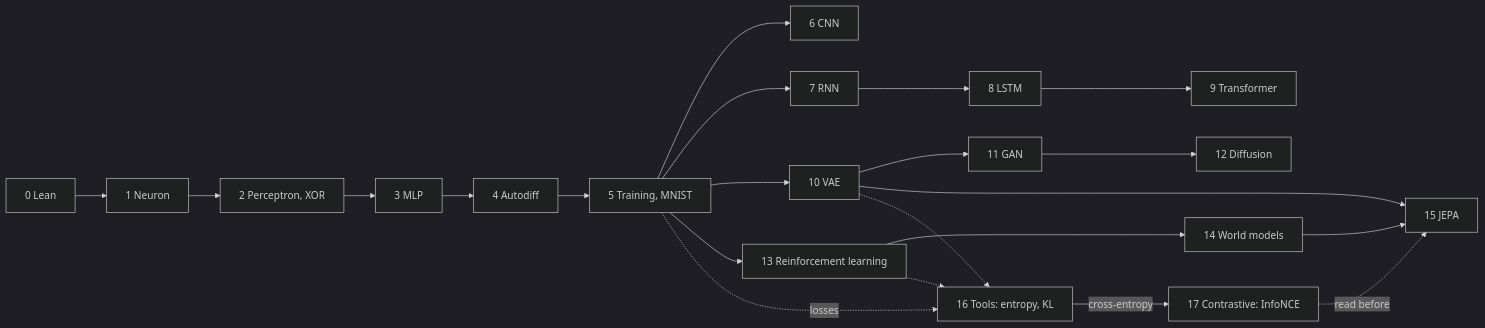
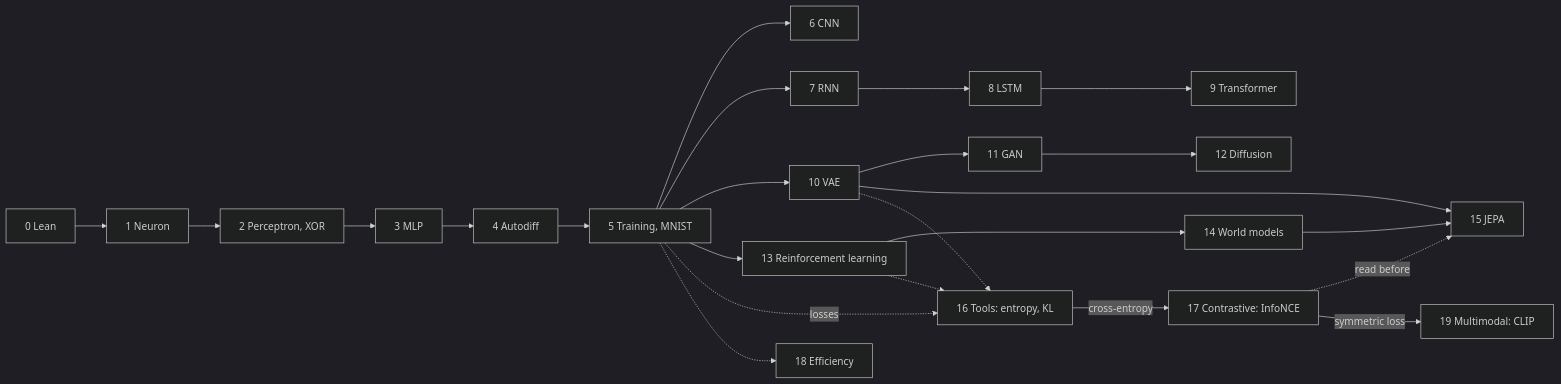
Before and after one commit to citron/LEAIN4: the diagram in website/docs/index.mdx, drawn with Mermaid (dark theme). The commit also changed other lines of this file and 19 other files, not shown here.

````diff
--- a/website/docs/index.mdx
+++ b/website/docs/index.mdx
@@ -30,15 +30,17 @@
 ```mermaid
 flowchart LR
   c0["0 Lean"] --> c1["1 Neuron"] --> c2["2 Perceptron, XOR"] --> c3["3 MLP"] --> c4["4 Autodiff"] --> c5["5 Training, MNIST"]
   c5 --> c6["6 CNN"]
   c5 --> c7["7 RNN"] --> c8["8 LSTM"] --> c9["9 Transformer"]
   c5 --> c10["10 VAE"] --> c11["11 GAN"] --> c12["12 Diffusion"]
   c5 --> c13["13 Reinforcement learning"] --> c14["14 World models"]
   c10 --> c15["15 JEPA"]
   c14 --> c15
   c5 -.->|losses| c16["16 Tools: entropy, KL"]
   c16 -->|cross-entropy| c17["17 Contrastive: InfoNCE"]
   c17 -.->|read before| c15
+  c17 -->|symmetric loss| c19["19 Multimodal: CLIP"]
+  c5 -.-> c18["18 Efficiency"]
   c10 -.-> c16
   c13 -.-> c16
 ```
````
